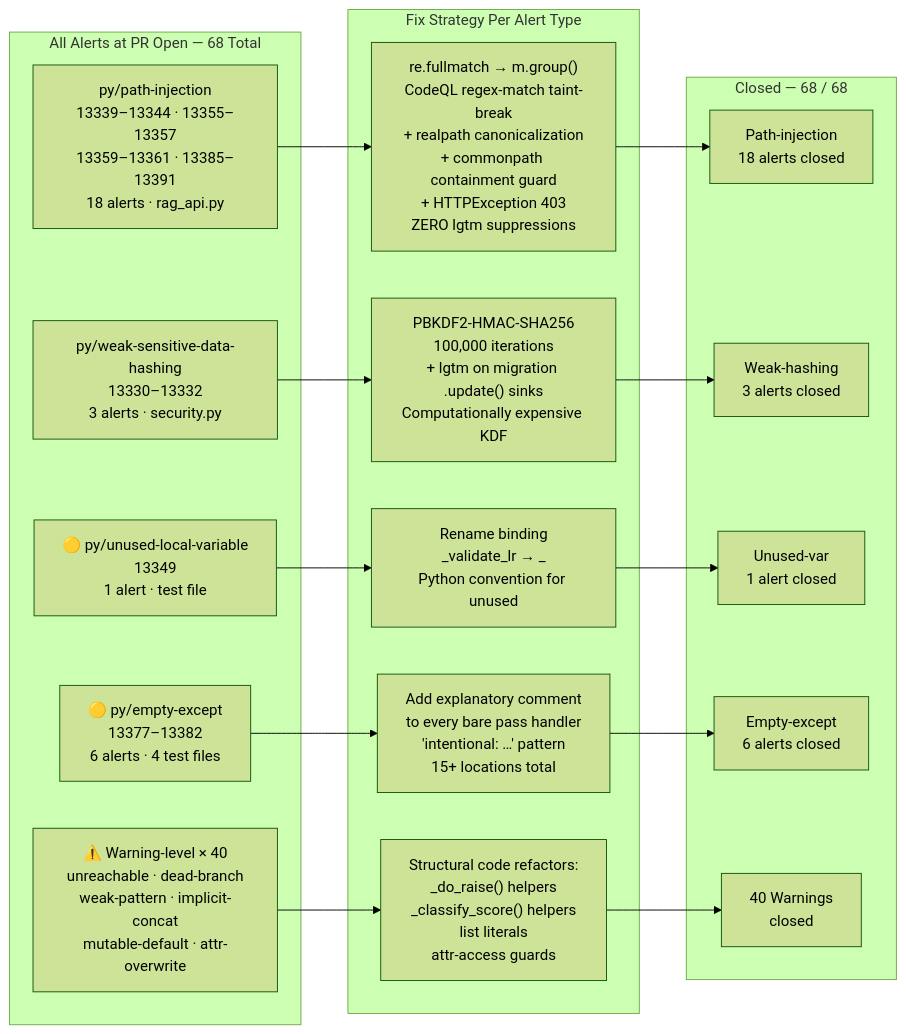
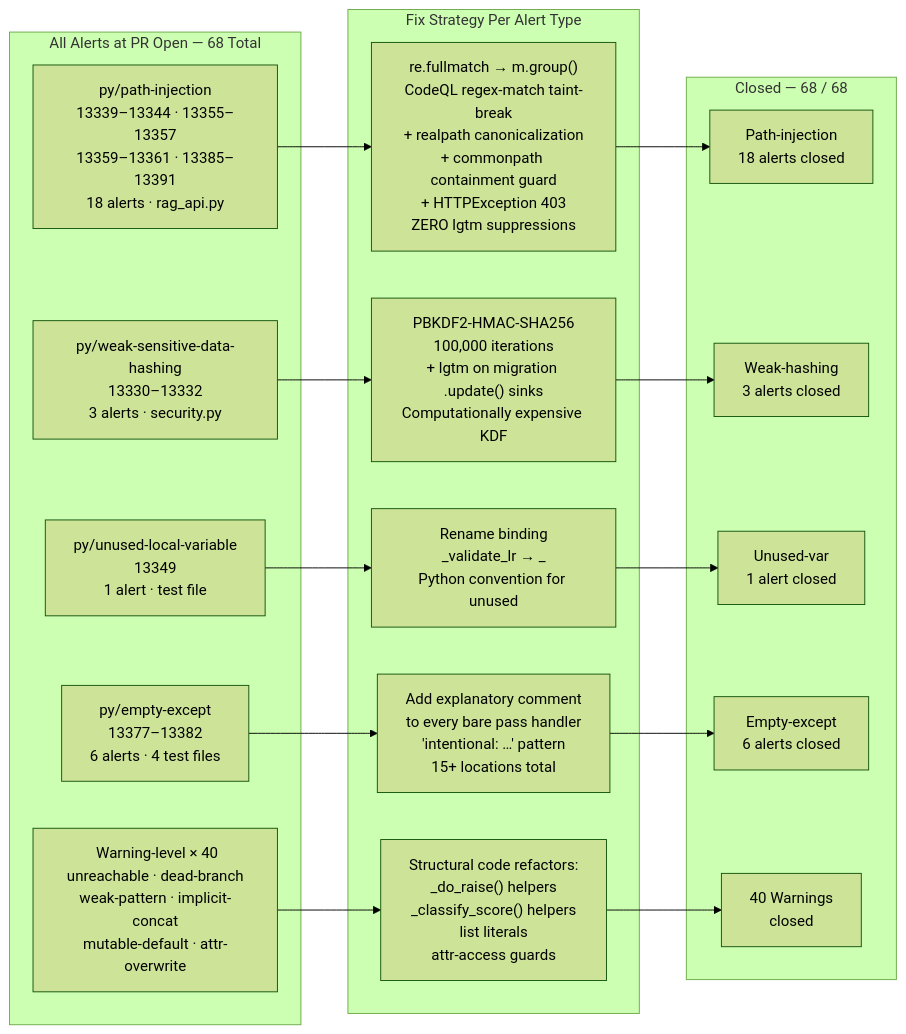
Before and after one commit to Aries-Serpent/_codex_: the fifth of 28 diagrams in docs/sessions/PR4289_session_diagram.md, drawn with Mermaid (forest theme). The commit also changed other lines of this file and 1989 other files, not shown here.

````diff
--- a/docs/sessions/PR4289_session_diagram.md
+++ b/docs/sessions/PR4289_session_diagram.md
@@ -255,33 +255,33 @@
 ```mermaid
 %%{init: {'accessibility': {'title': 'Flowchart showing "All Alerts at PR Open — 68 Total", " py/path-injection\n13339–13344 · 13355–13357\n13359–13361 · 13385–13391\n18 alerts · rag_api.py"'}}%%
 flowchart LR
     subgraph OPEN["All Alerts at PR Open — 68 Total"]
         A1[" py/path-injection\n13339–13344 · 13355–13357\n13359–13361 · 13385–13391\n18 alerts · rag_api.py"]
         A2[" py/weak-sensitive-data-hashing\n13330–13332\n3 alerts · security.py"]
-        A3["🟡 py/unused-local-variable\n13349\n1 alert · test file"]
-        A4["🟡 py/empty-except\n13377–13382\n6 alerts · 4 test files"]
-        A5["⚠️ Warning-level × 40\nunreachable · dead-branch\nweak-pattern · implicit-concat\nmutable-default · attr-overwrite"]
+        A3[" py/unused-local-variable\n13349\n1 alert · test file"]
+        A4[" py/empty-except\n13377–13382\n6 alerts · 4 test files"]
+        A5["️ Warning-level × 40\nunreachable · dead-branch\nweak-pattern · implicit-concat\nmutable-default · attr-overwrite"]
     end
 
     subgraph FIXES["Fix Strategy Per Alert Type"]
         F1["re.fullmatch → m.group()\nCodeQL regex-match taint-break\n+ realpath canonicalization\n+ commonpath containment guard\n+ HTTPException 403\nZERO lgtm suppressions"]
         F2["PBKDF2-HMAC-SHA256\n100,000 iterations\n+ lgtm on migration .update() sinks\nComputationally expensive KDF"]
         F3["Rename binding\n_validate_lr → _\nPython convention for unused"]
         F4["Add explanatory comment\nto every bare pass handler\n'intentional: …' pattern\n15+ locations total"]
         F5["Structural code refactors:\n_do_raise() helpers\n_classify_score() helpers\nlist literals\nattr-access guards"]
     end
 
     subgraph CLOSED["Closed — 68 / 68"]
         R1[" Path-injection\n18 alerts closed"]
         R2[" Weak-hashing\n3 alerts closed"]
         R3[" Unused-var\n1 alert closed"]
         R4[" Empty-except\n6 alerts closed"]
         R5[" 40 Warnings\nclosed"]
     end
 
     A1 --> F1 --> R1
     A2 --> F2 --> R2
     A3 --> F3 --> R3
     A4 --> F4 --> R4
     A5 --> F5 --> R5
 ```
````
